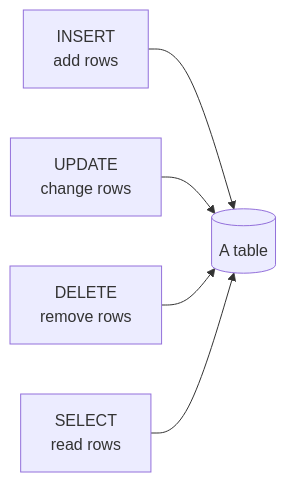
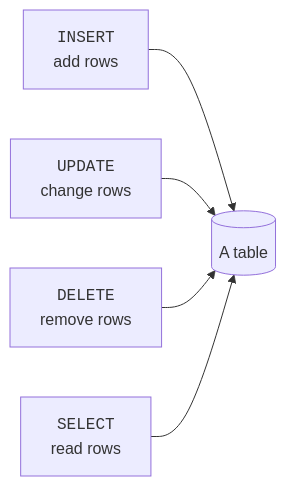
One commit to dataslope/dataslope changed the first of 2 diagrams in content/learn/intro-sql-postgres/inserting-data.mdx. Above: the diagram before and after it, drawn with Mermaid. The commit also changed other lines of this file and 56 other files, not shown here.

````diff
--- a/content/learn/intro-sql-postgres/inserting-data.mdx
+++ b/content/learn/intro-sql-postgres/inserting-data.mdx
@@ -12,7 +12,7 @@
 ```mermaid
 flowchart LR
-    I["INSERT<br/>add rows"] --> T[("A table")]
-    U["UPDATE<br/>change rows"] --> T
-    D["DELETE<br/>remove rows"] --> T
-    S["SELECT<br/>read rows"] --> T
+    I["<code>INSERT</code><br/>add rows"] --> T[("A table")]
+    U["<code>UPDATE</code><br/>change rows"] --> T
+    D["<code>DELETE</code><br/>remove rows"] --> T
+    S["<code>SELECT</code><br/>read rows"] --> T
 ```
````
